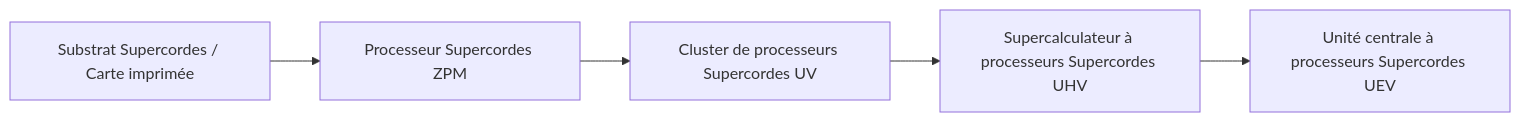
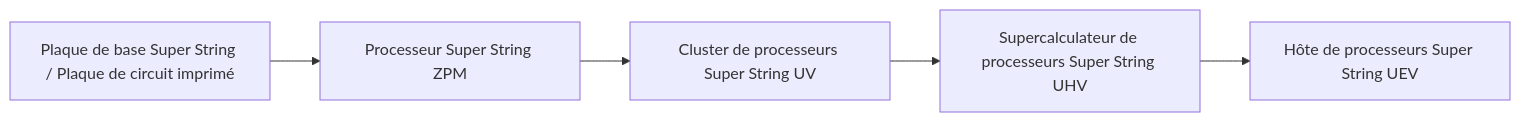
Before and after one commit to takanashisatou/GregtechEasy: the first of 2 diagrams in docs/fr/gtecore/circuits-and-materials.md, drawn with Mermaid. The commit also changed other lines of this file and 138 other files, not shown here.

````diff
--- a/docs/fr/gtecore/circuits-and-materials.md
+++ b/docs/fr/gtecore/circuits-and-materials.md
@@ -11,7 +11,7 @@
 ```mermaid
 graph LR
-    A[Substrat Supercordes / Carte imprimée] --> B[Processeur Supercordes ZPM]
-    B --> C[Cluster de processeurs Supercordes UV]
-    C --> D[Supercalculateur à processeurs Supercordes UHV]
-    D --> E[Unité centrale à processeurs Supercordes UEV]
+    A[Plaque de base Super String / Plaque de circuit imprimé] --> B[Processeur Super String ZPM]
+    B --> C[Cluster de processeurs Super String UV]
+    C --> D[Supercalculateur de processeurs Super String UHV]
+    D --> E[Hôte de processeurs Super String UEV]
 ```
````
